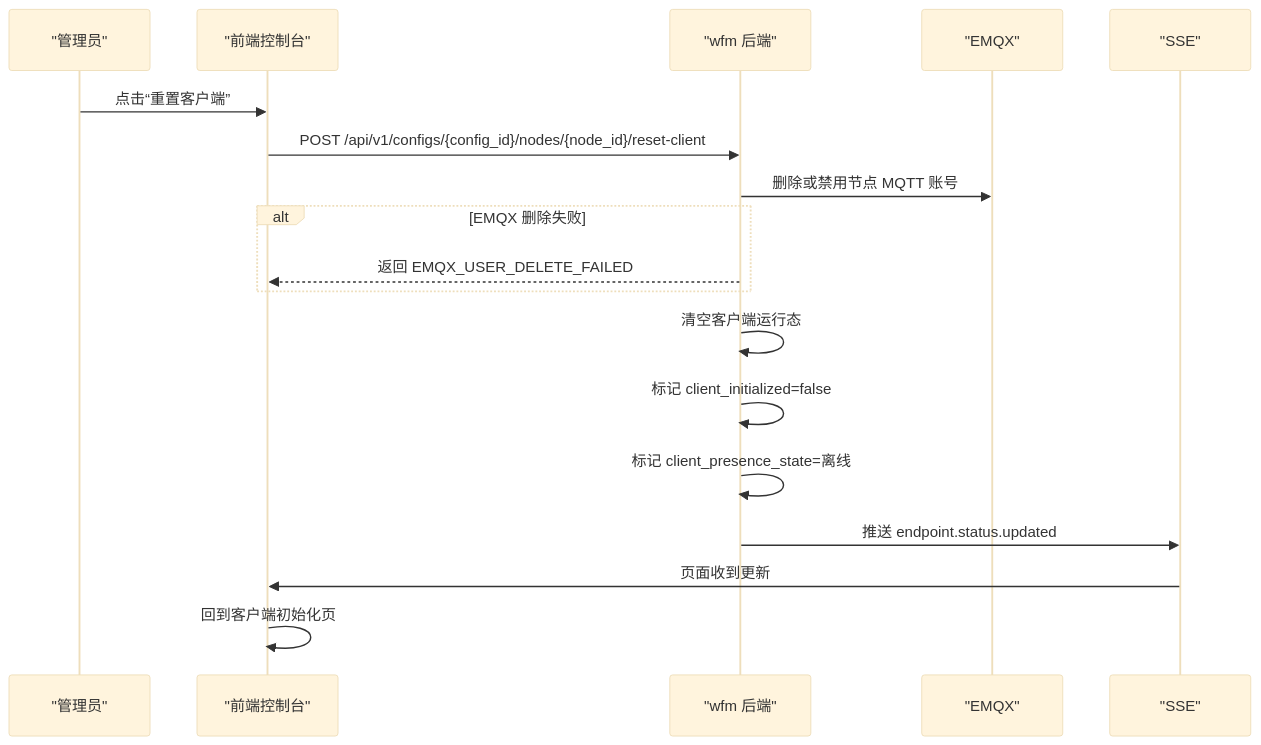
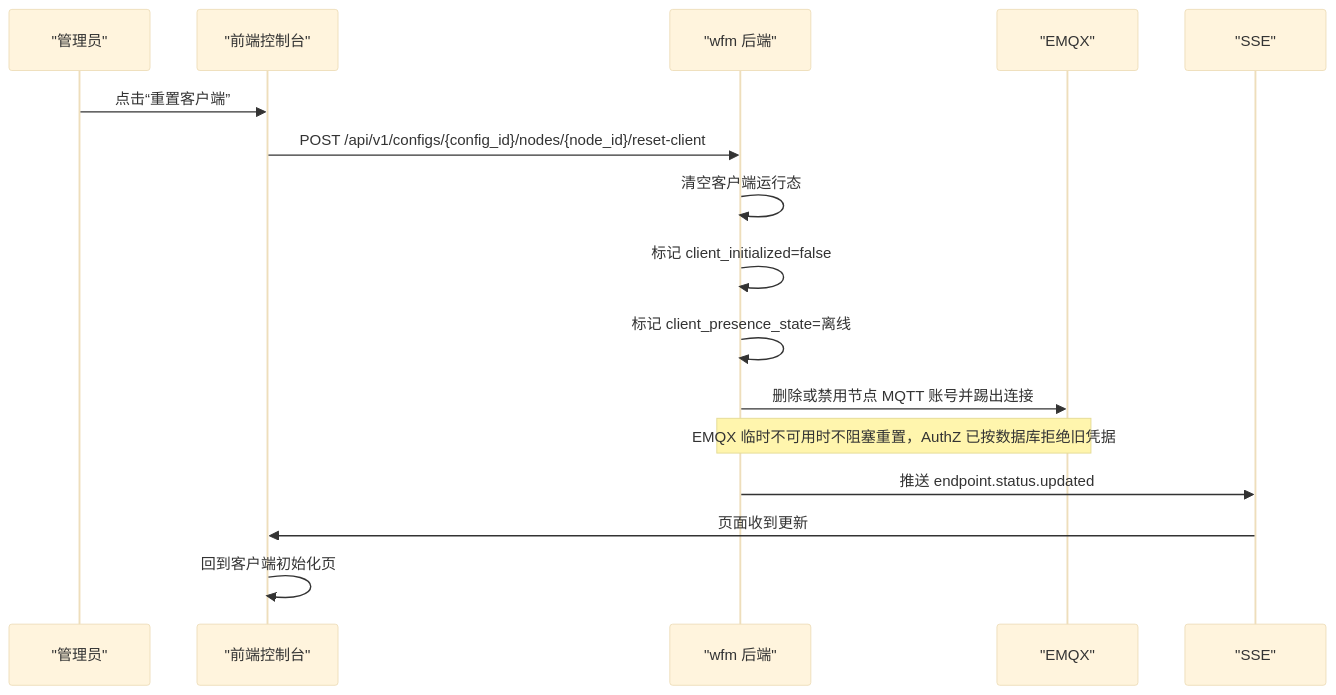
The fifth of 6 diagrams in docs/客户端接入时序设计.md (xinghenLuyus/wg-free-mesh), drawn with Mermaid (base theme) before and after one commit. The commit also changed other lines of this file and 63 other files, not shown here.

````diff
--- a/docs/客户端接入时序设计.md
+++ b/docs/客户端接入时序设计.md
@@ -114,21 +115,19 @@
 ```mermaid
 sequenceDiagram
     participant U as "管理员"
     participant F as "前端控制台"
     participant B as "wfm 后端"
     participant E as "EMQX"
     participant S as "SSE"
 
     U->>F: 点击“重置客户端”
     F->>B: POST /api/v1/configs/{config_id}/nodes/{node_id}/reset-client
-    B->>E: 删除或禁用节点 MQTT 账号
-    alt EMQX 删除失败
-        B-->>F: 返回 EMQX_USER_DELETE_FAILED
-    end
     B->>B: 清空客户端运行态
     B->>B: 标记 client_initialized=false
     B->>B: 标记 client_presence_state=离线
+    B->>E: 删除或禁用节点 MQTT 账号并踢出连接
+    Note over B,E: EMQX 临时不可用时不阻塞重置，AuthZ 已按数据库拒绝旧凭据
     B->>S: 推送 endpoint.status.updated
     S->>F: 页面收到更新
     F->>F: 回到客户端初始化页
 ```
````
